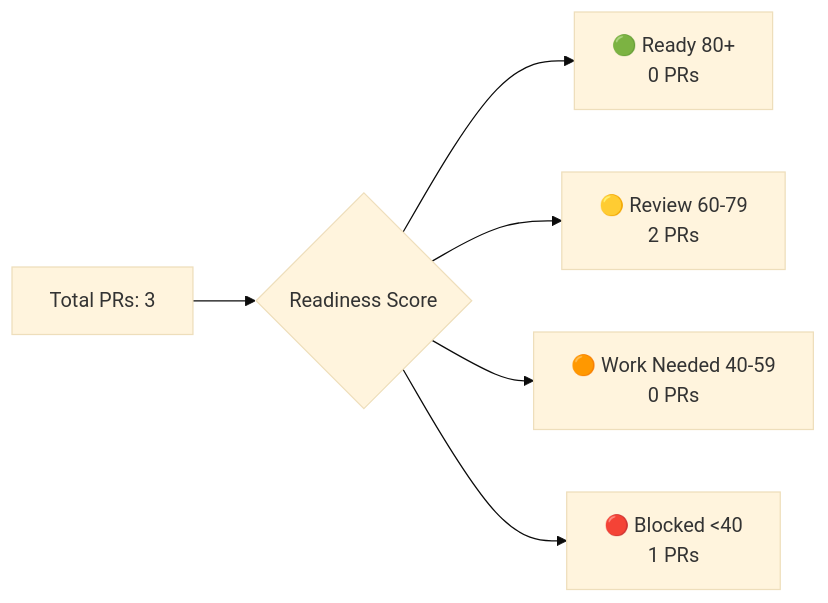
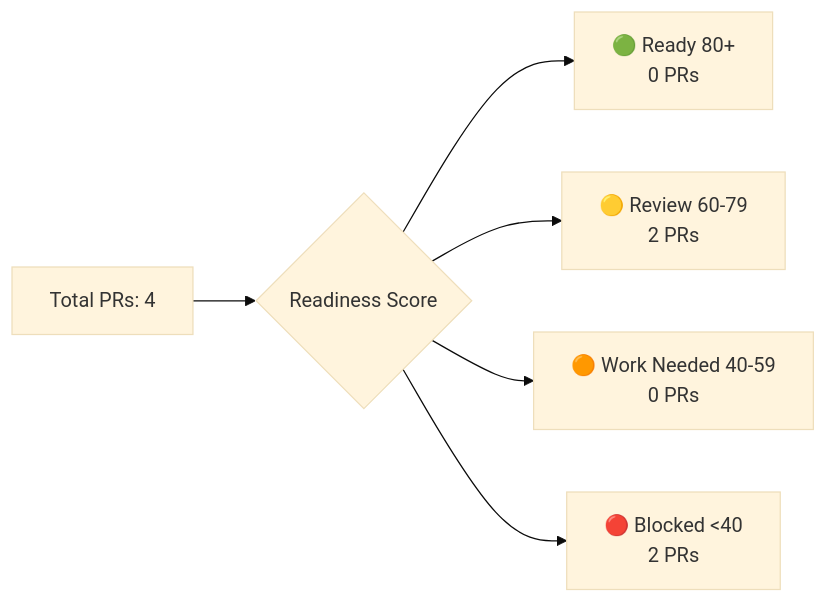
Before and after one commit to Nitsur10/invoice-dashboard-deploy: the third of 4 diagrams in docs/tracker.md, drawn with Mermaid (base theme). The commit also changed other lines of this file and 1 other file, not shown here.

First line of the commit message:
chore(tracker): update portfolio dashboard - 4 PRs, 6 issues

````diff
--- a/docs/tracker.md
+++ b/docs/tracker.md
@@ -40,8 +40,8 @@
 ```mermaid
 graph LR
-    A[Total PRs: 3] --> B{Readiness Score}
+    A[Total PRs: 4] --> B{Readiness Score}
     B --> C[🟢 Ready 80+<br/>0 PRs]
     B --> D[🟡 Review 60-79<br/>2 PRs]
     B --> E[🟠 Work Needed 40-59<br/>0 PRs]
-    B --> F[🔴 Blocked <40<br/>1 PRs]
+    B --> F[🔴 Blocked <40<br/>2 PRs]
 ```
````
